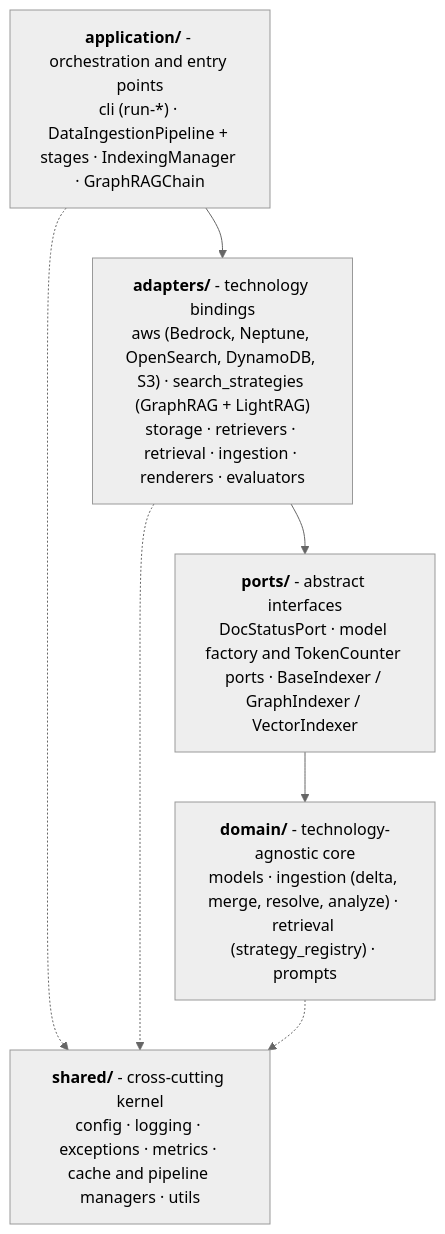
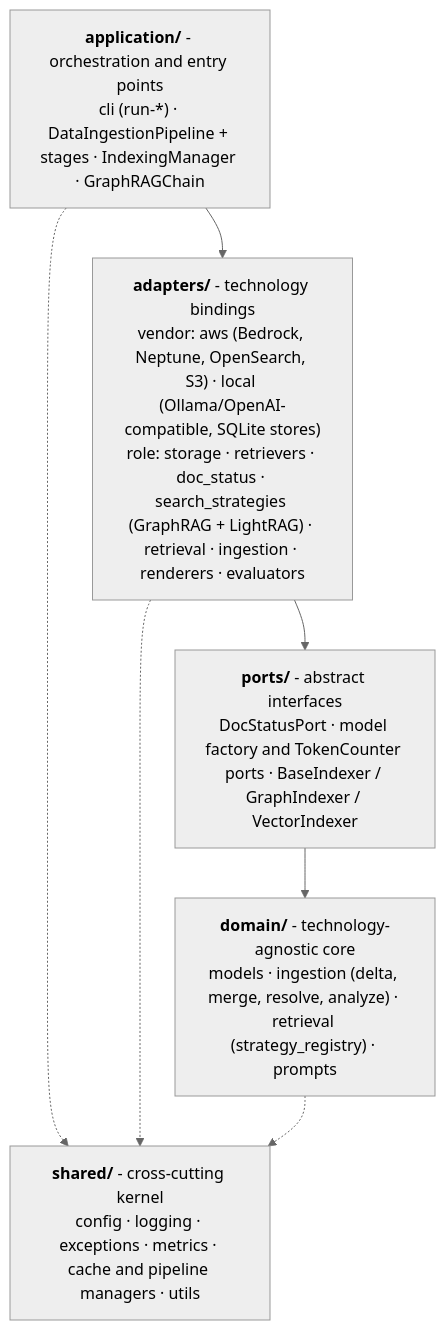
One commit to awslabs/unified-kg-rag-on-aws changed the first of 2 diagrams in docs/design.ko.md. Above: the diagram before and after it, drawn with Mermaid (neutral theme). The commit also changed other lines of this file and 33 other files, not shown here.

First line of the commit message:
refactor(adapters): group port implementations into role packages (#312)

````diff
--- a/docs/design.ko.md
+++ b/docs/design.ko.md
@@ -47,12 +47,12 @@
 ```mermaid
 flowchart TB
     application["<b>application/</b> - orchestration and entry points<br/>cli (run-*) · DataIngestionPipeline + stages · IndexingManager · GraphRAGChain"]
-    adapters["<b>adapters/</b> - technology bindings<br/>aws (Bedrock, Neptune, OpenSearch, DynamoDB, S3) · search_strategies (GraphRAG + LightRAG)<br/>storage · retrievers · retrieval · ingestion · renderers · evaluators"]
+    adapters["<b>adapters/</b> - technology bindings<br/>vendor: aws (Bedrock, Neptune, OpenSearch, S3) · local (Ollama/OpenAI-compatible, SQLite stores)<br/>role: storage · retrievers · doc_status · search_strategies (GraphRAG + LightRAG) · retrieval · ingestion · renderers · evaluators"]
     ports["<b>ports/</b> - abstract interfaces<br/>DocStatusPort · model factory and TokenCounter ports · BaseIndexer / GraphIndexer / VectorIndexer"]
     domain["<b>domain/</b> - technology-agnostic core<br/>models · ingestion (delta, merge, resolve, analyze) · retrieval (strategy_registry) · prompts"]
     shared["<b>shared/</b> - cross-cutting kernel<br/>config · logging · exceptions · metrics · cache and pipeline managers · utils"]
     application --> adapters --> ports --> domain
     application -.-> shared
     adapters -.-> shared
     domain -.-> shared
 ```
````
